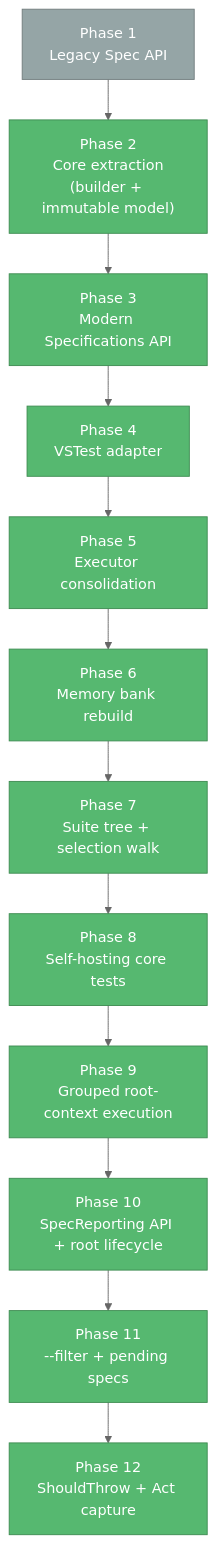
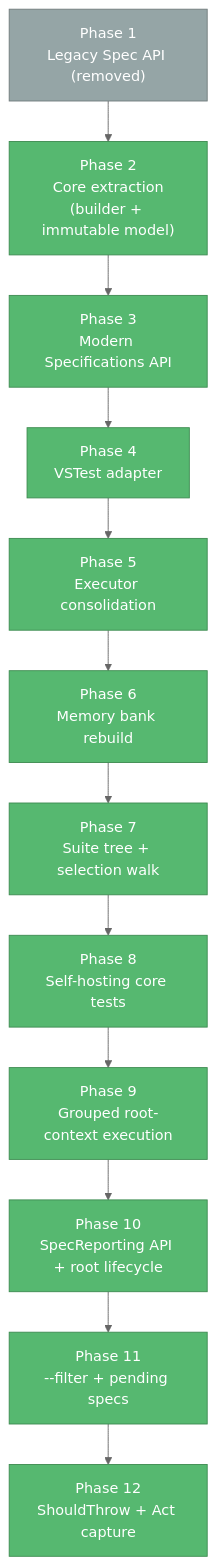
Before and after one commit to yozepi/Specs: the diagram in memory-bank/progress.md, drawn with Mermaid. The commit also changed other lines of this file and 29 other files, not shown here.

First line of the commit message:
Remove legacy Spec API and ConsoleExample

````diff
--- a/memory-bank/progress.md
+++ b/memory-bank/progress.md
@@ -75,22 +71,22 @@
 ```mermaid
 %%{init: {'theme': 'neutral', 'flowchart': {'nodeSpacing': 30, 'rankSpacing': 45, 'wrappingWidth': 160}}}%%
 flowchart TD
-    P1["Phase 1<br/>Legacy Spec API"]:::deprecated
+    P1["Phase 1<br/>Legacy Spec API (removed)"]:::deprecated
     P2["Phase 2<br/>Core extraction<br/>(builder + immutable model)"]:::app
     P3["Phase 3<br/>Modern Specifications API"]:::app
     P4["Phase 4<br/>VSTest adapter"]:::app
     P5["Phase 5<br/>Executor consolidation"]:::app
     P6["Phase 6<br/>Memory bank rebuild"]:::app
     P7["Phase 7<br/>Suite tree + selection walk"]:::app
     P8["Phase 8<br/>Self-hosting core tests"]:::app
     P9["Phase 9<br/>Grouped root-context execution"]:::app
     P10["Phase 10<br/>SpecReporting API + root lifecycle"]:::app
     P11["Phase 11<br/>--filter + pending specs"]:::app
     P12["Phase 12<br/>ShouldThrow + Act capture"]:::app
 
     P1 --> P2 --> P3 --> P4
     P4 --> P5 --> P6 --> P7 --> P8 --> P9 --> P10 --> P11 --> P12
 
     classDef app fill:#56B870,stroke:#3D8B50,color:#fff
     classDef deprecated fill:#95A5A6,stroke:#707B7C,color:#fff
 ```
````
